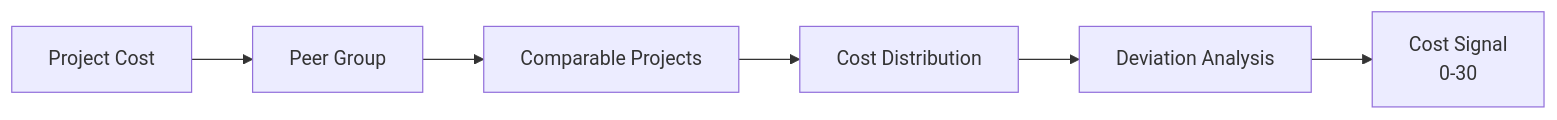
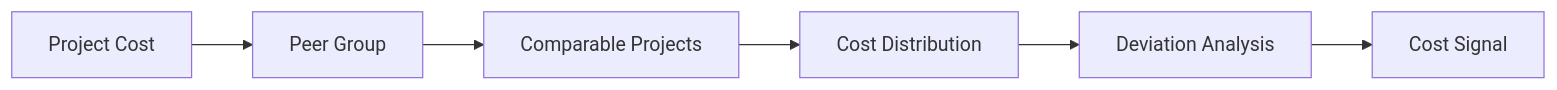
One commit to the-nidhi-bhat/mplads-sentinel changed the third of 17 diagrams in README.md. Above: the diagram before and after it, drawn with Mermaid. The commit also changed other lines of this file, not shown here.

````diff
--- a/README.md
+++ b/README.md
@@ -164,8 +171,8 @@
 ```mermaid
 flowchart LR
     A["Project Cost"] --> B["Peer Group"]
     B --> C["Comparable Projects"]
     C --> D["Cost Distribution"]
     D --> E["Deviation Analysis"]
-    E --> F["Cost Signal<br/>0-30"]
+    E --> F["Cost Signal"]
 ```
````
